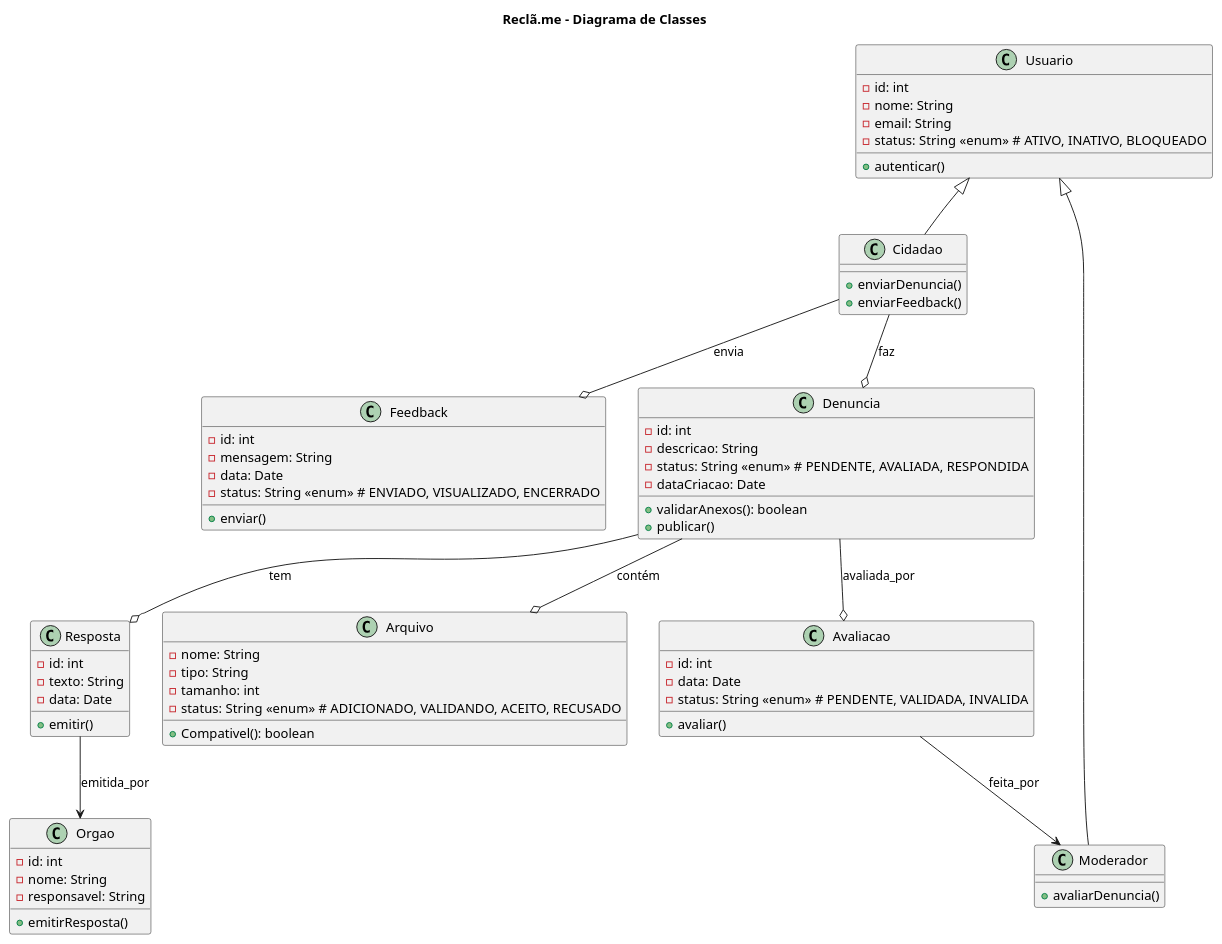
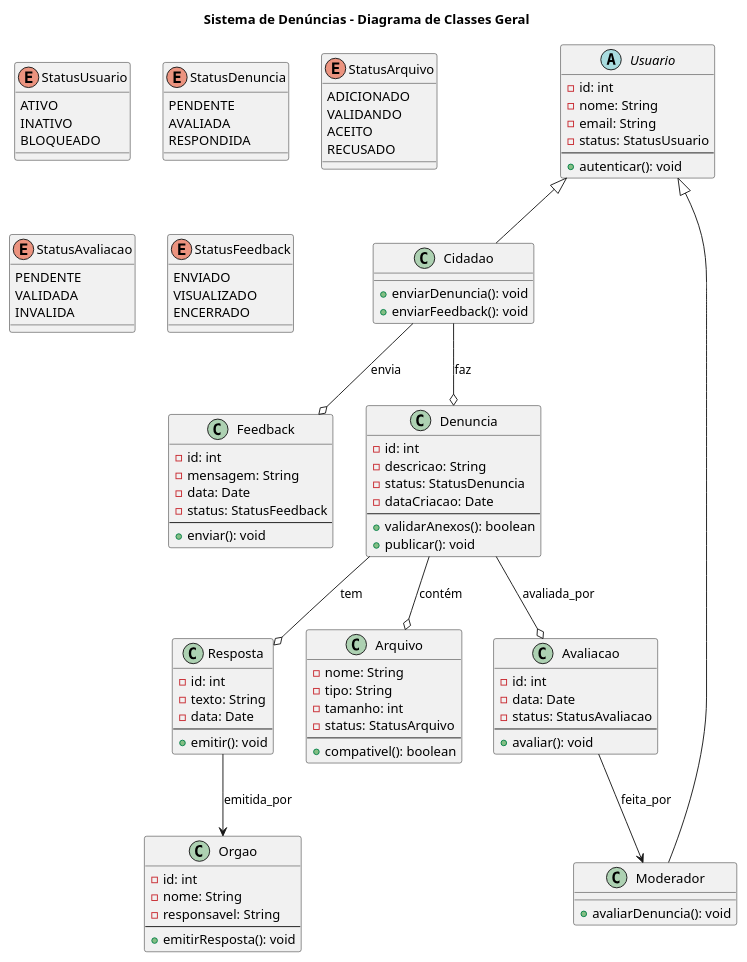
Before and after one commit to rafa-alves6/Reclama.se-AOO: the diagram in Diagramas/umlClassDiagram.puml, drawn with PlantUML.

```diff
--- a/Diagramas/umlClassDiagram.puml
+++ b/Diagramas/umlClassDiagram.puml
@@ -1,83 +1,117 @@
 @startuml
-title Reclã.me - Diagrama de Classes 
+title Sistema de Denúncias - Diagrama de Classes Geral
 
-class Usuario {
+abstract class Usuario {
   - id: int
   - nome: String
   - email: String
-  - status: String <<enum>> # ATIVO, INATIVO, BLOQUEADO
-  + autenticar()
+  - status: StatusUsuario
+  --
+  + autenticar(): void
 }
 
 class Cidadao extends Usuario {
-  + enviarDenuncia()
-  + enviarFeedback()
+  + enviarDenuncia(): void
+  + enviarFeedback(): void
 }
 
 class Moderador extends Usuario {
-  + avaliarDenuncia()
+  + avaliarDenuncia(): void
 }
 
-Usuario -[hidden]-> Cidadao
-Usuario -[hidden]-> Moderador
 
 class Denuncia {
   - id: int
   - descricao: String
-  - status: String <<enum>> # PENDENTE, AVALIADA, RESPONDIDA
+  - status: StatusDenuncia
   - dataCriacao: Date
+  --
   + validarAnexos(): boolean
-  + publicar()
+  + publicar(): void
+}
+
+class Arquivo {
+  - nome: String
+  - tipo: String
+  - tamanho: int
+  - status: StatusArquivo
+  --
+  + compativel(): boolean
+}
+
+class Avaliacao {
+  - id: int
+  - data: Date
+  - status: StatusAvaliacao
+  --
+  + avaliar(): void
+}
+
+class Resposta {
+  - id: int
+  - texto: String
+  - data: Date
+  --
+  + emitir(): void
+}
+
+class Orgao {
+  - id: int
+  - nome: String
+  - responsavel: String
+  --
+  + emitirResposta(): void
 }
 
 class Feedback {
   - id: int
   - mensagem: String
   - data: Date
-  - status: String <<enum>> # ENVIADO, VISUALIZADO, ENCERRADO
-  + enviar()
+  - status: StatusFeedback
+  --
+  + enviar(): void
 }
 
 
-class Arquivo {
-  - nome: String
-  - tipo: String
-  - tamanho: int
-  - status: String <<enum>> # ADICIONADO, VALIDANDO, ACEITO, RECUSADO
-  + Compativel(): boolean
+enum StatusUsuario {
+  ATIVO
+  INATIVO
+  BLOQUEADO
 }
 
-
-Denuncia --o Arquivo : contém
-
-class Avaliacao {
-  - id: int
-  - data: Date
-  - status: String <<enum>> # PENDENTE, VALIDADA, INVALIDA
-  + avaliar()
+enum StatusDenuncia {
+  PENDENTE
+  AVALIADA
+  RESPONDIDA
 }
 
-
-class Resposta {
-  - id: int
-  - texto: String
-  - data: Date
-  + emitir()
+enum StatusArquivo {
+  ADICIONADO
+  VALIDANDO
+  ACEITO
+  RECUSADO
 }
 
-class Orgao {
-  - id: int
-  - nome: String
-  - responsavel: String
-  + emitirResposta()
+enum StatusAvaliacao {
+  PENDENTE
+  VALIDADA
+  INVALIDA
 }
 
-Denuncia --o Avaliacao : avaliada_por
-Avaliacao --> Moderador : feita_por
-
-Denuncia --o Resposta : tem
-Resposta --> Orgao : emitida_por
+enum StatusFeedback {
+  ENVIADO
+  VISUALIZADO
+  ENCERRADO
+}
 
 Cidadao --o Denuncia : faz
 Cidadao --o Feedback : envia
+
+Denuncia --o Arquivo : contém
+Denuncia --o Avaliacao : avaliada_por
+Denuncia --o Resposta : tem
+
+Avaliacao --> Moderador : feita_por
+Resposta --> Orgao : emitida_por
+
 @enduml
```
